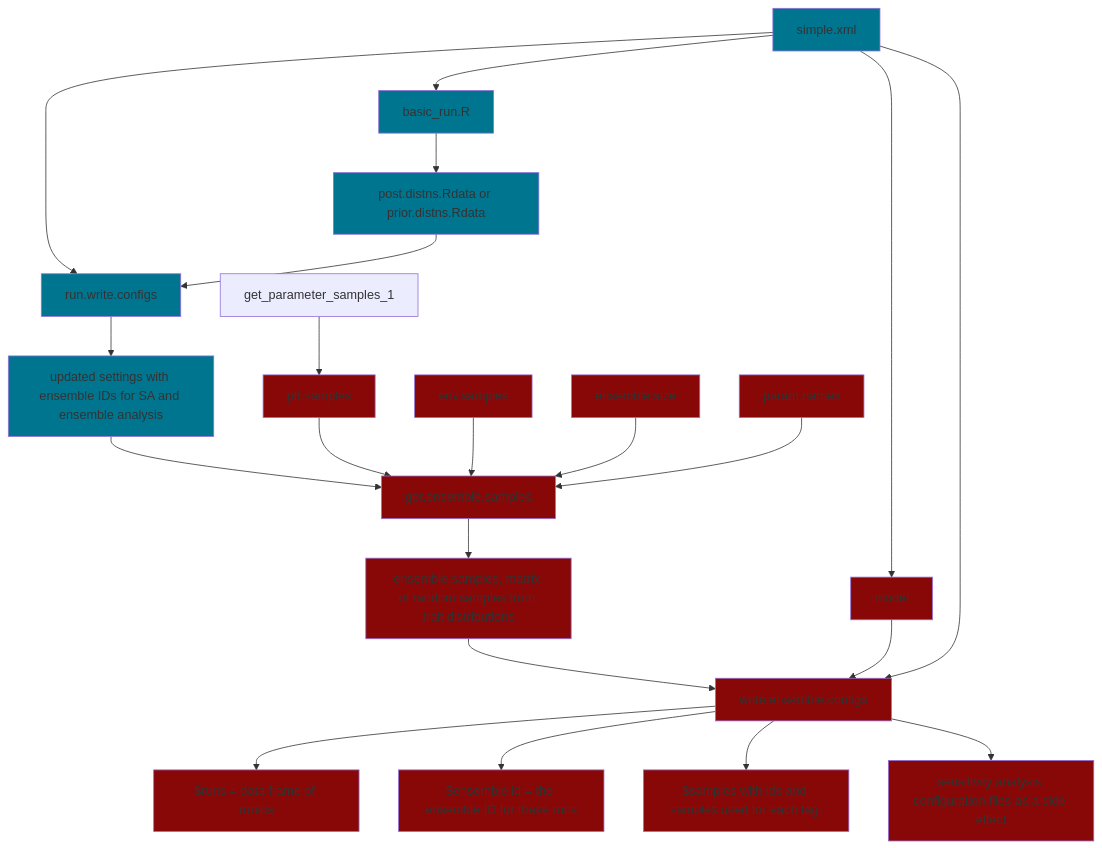
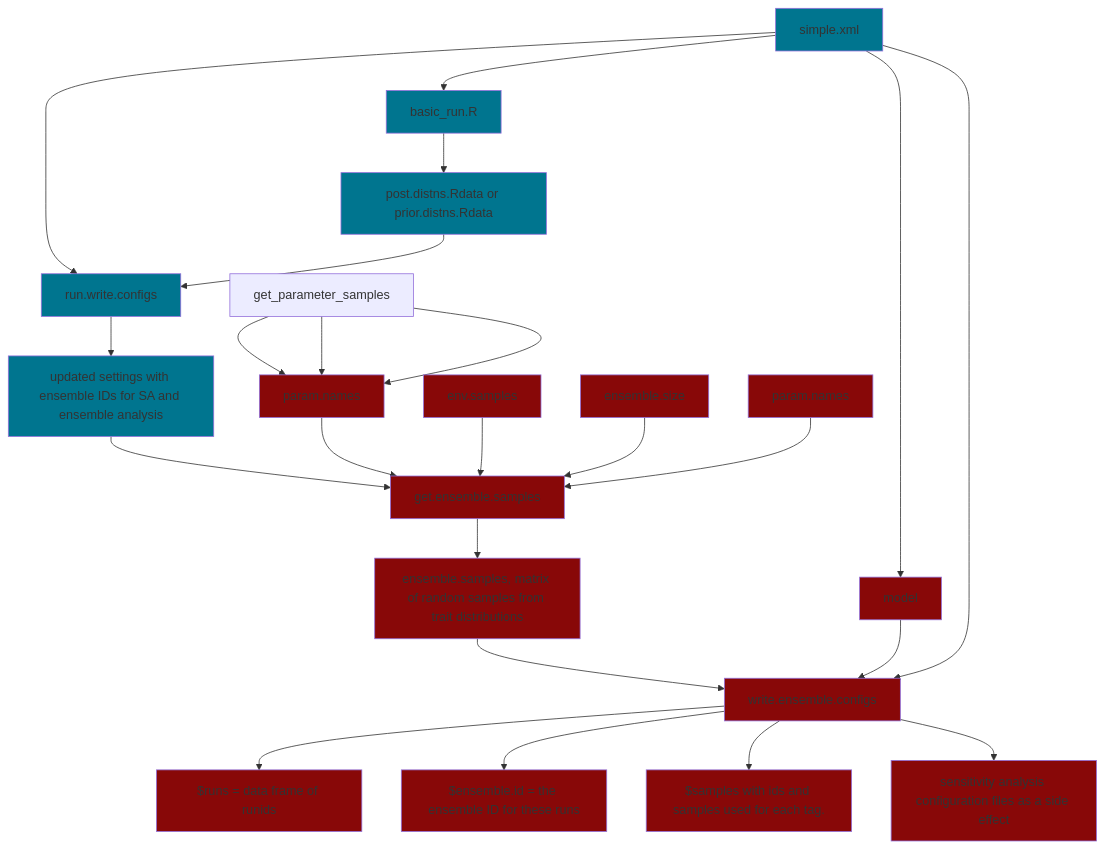
One commit to ecamo19/gsoc_project_2022_vm changed the diagram in README.md. Above: the diagram before and after it, drawn with Mermaid.

````diff
--- a/README.md
+++ b/README.md
@@ -47,47 +47,49 @@
 ```mermaid
   graph TD;
       simple.xml-->run.write.configs;
       simple.xml-->basic_run.R;
       simple.xml-->model;
       basic_run.R-->posterior.files[post.distns.Rdata or prior.distns.Rdata];
       posterior.files[post.distns.Rdata or prior.distns.Rdata]-->run.write.configs;
       run.write.configs-->output_1[updated settings with ensemble IDs for SA and ensemble analysis ];
       output_1[updated settings with ensemble IDs for SA and ensemble analysis]-->get.ensemble.samples;
       input_get_ensemble_1[pft.samples]-->get.ensemble.samples;
       input_get_ensemble_2[env.samples]-->get.ensemble.samples;
       input_get_ensemble_3[ensemble.size]-->get.ensemble.samples;
       input_get_ensemble_4[param.names]-->get.ensemble.samples;
-      get_parameter_samples_1--> input_get_ensemble_1[pft.samples];  
+      get_parameter_samples--> input_get_ensemble_1[pft.samples];  
+      get_parameter_samples--> input_get_ensemble_1[ensemble.size];
+      get_parameter_samples--> input_get_ensemble_1[param.names];
       get.ensemble.samples--> output_get_ensemble[ensemble.samples, matrix of random samples from trait distributions];
       output_get_ensemble[ensemble.samples, matrix of random samples from trait distributions]-->write.ensemble.configs;
       model-->write.ensemble.configs;
       simple.xml-->write.ensemble.configs;
       write.ensemble.configs-->output_write_ensemble_1[$runs = data frame of runids];
       write.ensemble.configs-->output_write_ensemble_2[$ensemble.id = the ensemble ID for these runs];
       write.ensemble.configs-->output_write_ensemble_3[$samples with ids and samples used for each tag.];
       write.ensemble.configs-->output_write_ensemble_4[sensitivity analysis configuration files as a side effect];
       
       
      
       style basic_run.R fill:#00758f
       style output_1 fill:#00758f
       style run.write.configs fill:#00758f
       style simple.xml fill:#00758f
       style posterior.files fill:#00758f
       
       
   
       style input_get_ensemble_1 fill:#880808
       style input_get_ensemble_2 fill:#880808
       style input_get_ensemble_3 fill:#880808
       style input_get_ensemble_4 fill:#880808
       style get.ensemble.samples fill:#880808
       style output_get_ensemble  fill:#880808 
       style model fill:#880808 
       style write.ensemble.configs fill:#880808
       style output_write_ensemble_1 fill:#880808
       style output_write_ensemble_2 fill:#880808
       style output_write_ensemble_3 fill:#880808
       style output_write_ensemble_4 fill:#880808
       
 ```
````
